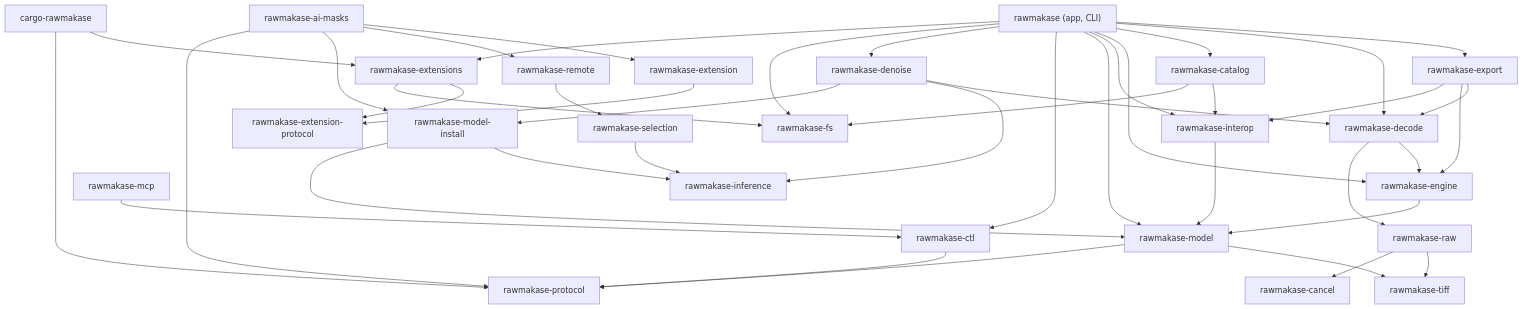
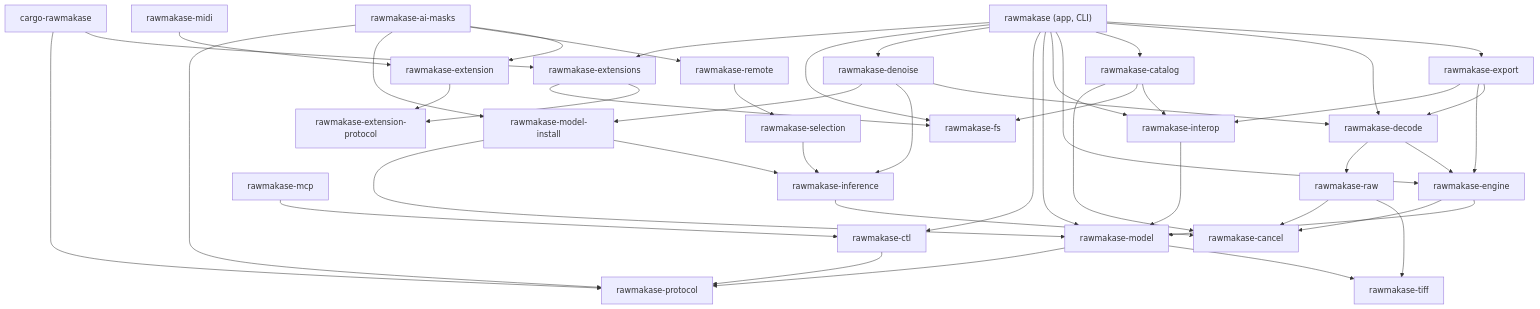
Before and after one commit to pch/rawmakase: the diagram in docs/architecture.md, drawn with Mermaid. The commit also changed other lines of this file and 121 other files, not shown here.

````diff
--- a/docs/architecture.md
+++ b/docs/architecture.md
@@ -15,47 +15,50 @@
 ```mermaid
 flowchart TD
     app["rawmakase (app, CLI)"]
     export[rawmakase-export]
     decode[rawmakase-decode]
     catalog[rawmakase-catalog]
     engine[rawmakase-engine]
     interop[rawmakase-interop]
     model[rawmakase-model]
     raw[rawmakase-raw]
     tiff[rawmakase-tiff]
     cancel[rawmakase-cancel]
     fs[rawmakase-fs]
     protocol[rawmakase-protocol]
     ctl[rawmakase-ctl]
     mcp[rawmakase-mcp]
     remote[rawmakase-remote]
     inference[rawmakase-inference]
     selection[rawmakase-selection]
     modelinstall[rawmakase-model-install]
     denoise[rawmakase-denoise]
     aimasks[rawmakase-ai-masks]
     exthost[rawmakase-extensions]
     extprotocol[rawmakase-extension-protocol]
     sdk[rawmakase-extension]
     cargoext[cargo-rawmakase]
+    midi[rawmakase-midi]
 
     app --> export & decode & catalog & engine & interop & model
     app --> ctl & denoise & fs & exthost
     denoise --> decode & inference & modelinstall
     export --> decode & engine & interop
     decode --> engine & raw
-    catalog --> interop & fs
-    engine --> model
+    catalog --> interop & fs & cancel
+    engine --> model & cancel
     interop --> model
     model --> tiff & protocol
     raw --> tiff & cancel
     ctl --> protocol
     mcp --> ctl
     remote --> selection
     selection --> inference
+    inference --> cancel
     modelinstall --> inference & model
     aimasks --> sdk & remote & modelinstall & protocol
     exthost --> extprotocol & fs
     sdk --> extprotocol
+    midi --> sdk
     cargoext --> exthost & protocol
 ```
````
